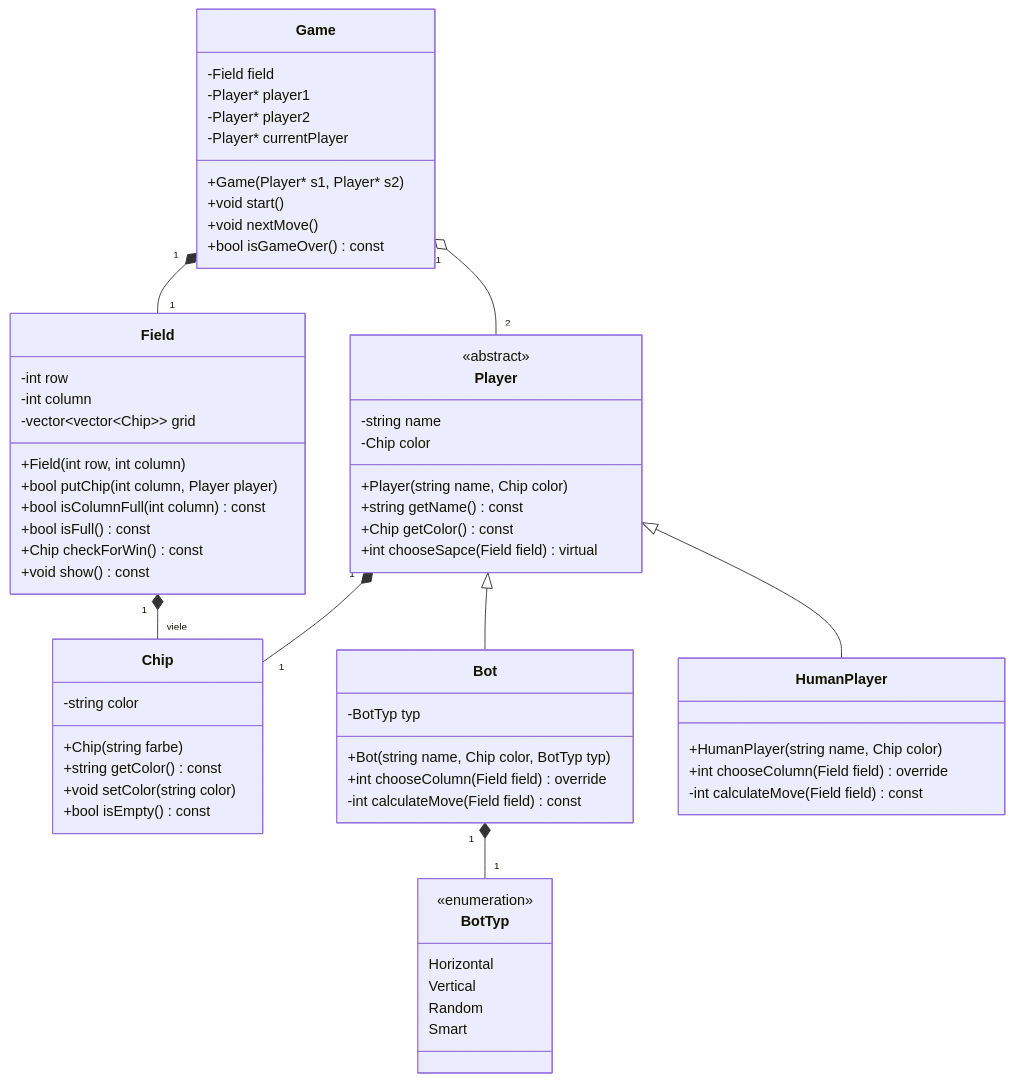
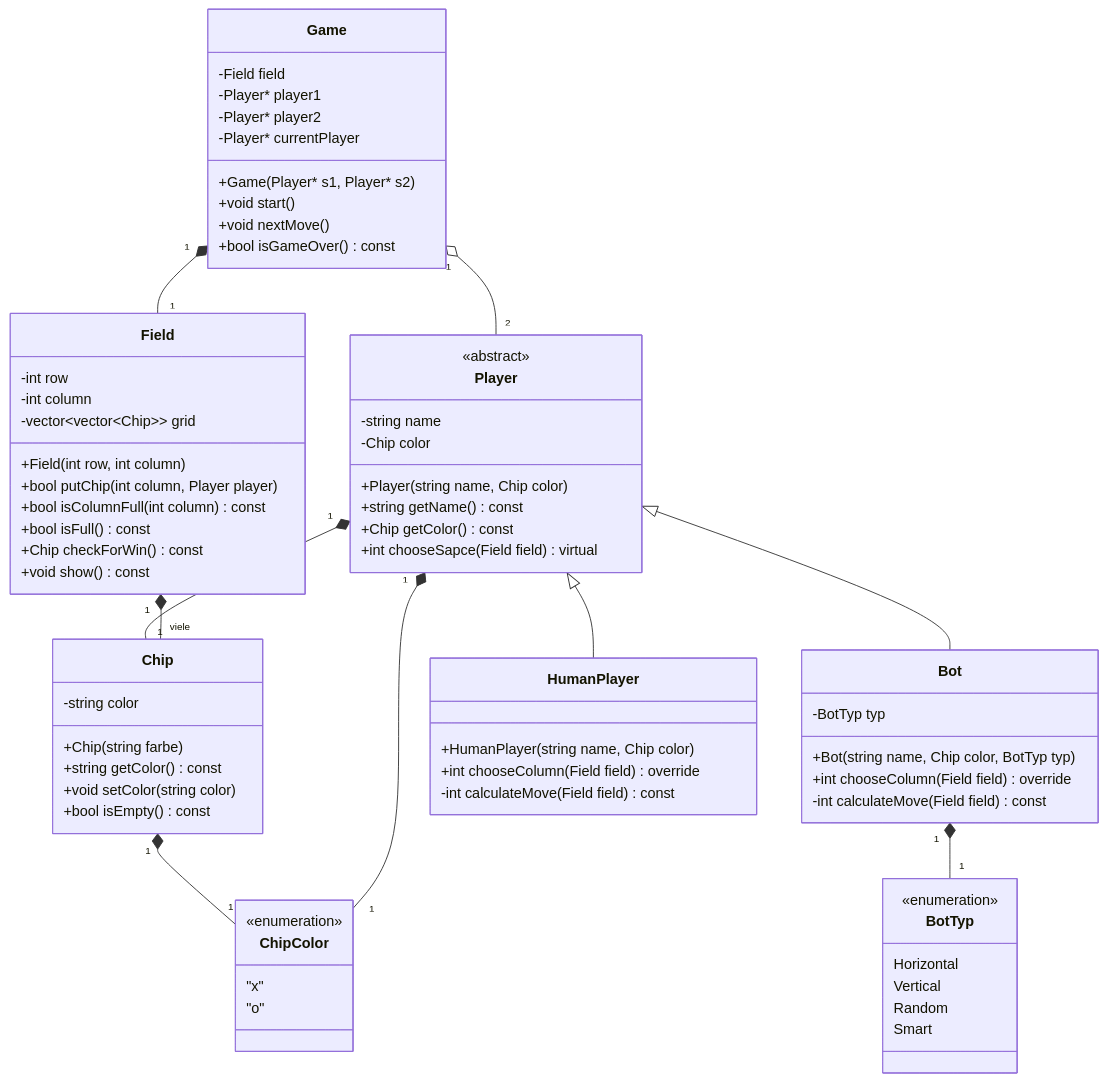
The diagram in docu/uml.md (Ehnalk/ProbeProjektCpp), drawn with Mermaid before and after one commit.

Commit message:
Add ChipColor class and update UML diagram to reflect relationships with Chip and Player

````diff
--- a/docu/uml.md
+++ b/docu/uml.md
@@ -1,73 +1,82 @@
 ```mermaid
 classDiagram
     class Chip {
         -string color
         +Chip(string farbe)
         +string getColor() const
         +void setColor(string color)
         +bool isEmpty() const
     }
 
     class Field {
         -int row
         -int column
         -vector~vector~Chip~~ grid
         +Field(int row, int column)
         +bool putChip(int column, Player player)
         +bool isColumnFull(int column) const
         +bool isFull() const
         +Chip checkForWin() const
         +void show() const
     }
 
     class Player {
         <<abstract>>
         -string name
         -Chip color
         +Player(string name, Chip color)
         +string getName() const
         +Chip getColor() const
         +int chooseSapce(Field field) virtual
     }
 
     class BotTyp {
         <<enumeration>>
         Horizontal
         Vertical
         Random
         Smart
     }
 
+    class ChipColor {
+        <<enumeration>>
+        "x"
+        "o"
+    }
+
+
     class Bot {
         -BotTyp typ
         +Bot(string name, Chip color, BotTyp typ)
         +int chooseColumn(Field field) override
         -int calculateMove(Field field) const
     }
 
         class HumanPlayer {
         +HumanPlayer(string name, Chip color)
         +int chooseColumn(Field field) override
         -int calculateMove(Field field) const
     }
 
     class Game {
         -Field field
         -Player* player1
         -Player* player2
         -Player* currentPlayer
         +Game(Player* s1, Player* s2)
         +void start()
         +void nextMove()
         +bool isGameOver() const
     }
 
     Player <|-- Bot
     Player <|-- HumanPlayer
     Player "1" *-- "1" Chip
     Field "1" *-- "viele" Chip
     Bot "1" *-- "1" BotTyp
     Game "1" *-- "1" Field
     Game "1" o-- "2" Player
+    Chip "1" *-- "1" ChipColor
+    Player "1" *-- "1" ChipColor
 
 ```
````
